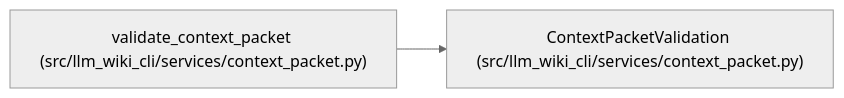
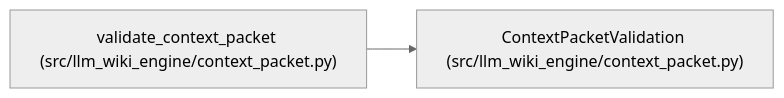
One commit to Denissvgn/python-wiki-llm changed the diagram in docs/llm_wiki/entities/ContextPacketValidation.md. Above: the diagram before and after it, drawn with Mermaid (neutral theme). The commit also changed other lines of this file and 577 other files, not shown here.

Commit message:
docs: refresh the wiki for the engine context packet

````diff
--- a/docs/llm_wiki/entities/ContextPacketValidation.md
+++ b/docs/llm_wiki/entities/ContextPacketValidation.md
@@ -39,8 +39,8 @@
 ```mermaid
 flowchart LR
-    n0["ContextPacketValidation (src/llm_wiki_cli/services/context_packet.py)"]
-    n1["validate_context_packet (src/llm_wiki_cli/services/context_packet.py)"]
+    n0["ContextPacketValidation (src/llm_wiki_engine/context_packet.py)"]
+    n1["validate_context_packet (src/llm_wiki_engine/context_packet.py)"]
     n1 --> n0
     click n0 "../modules/context_packet.md"
     click n1 "../modules/context_packet.md"
 ```
````
